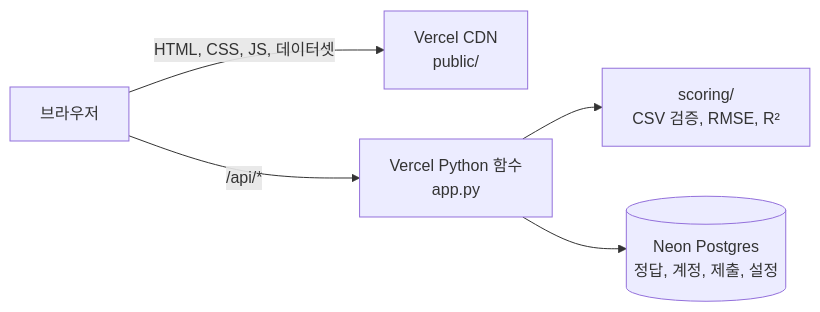
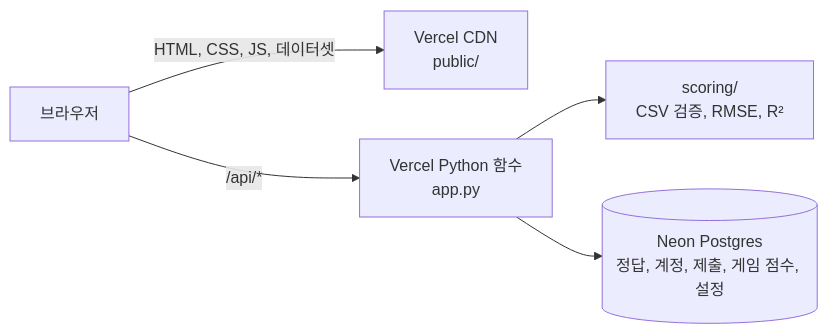
Before and after one commit to pnu-iba/iba_scoring_machine: the diagram in README.md, drawn with Mermaid.

Commit message:
Add game scores to the database box in the README diagram

````diff
--- a/README.md
+++ b/README.md
@@ -48,7 +48,7 @@
 ```mermaid
 flowchart LR
   B[브라우저] -->|HTML, CSS, JS, 데이터셋| CDN[Vercel CDN<br/>public/]
   B -->|/api/*| F[Vercel Python 함수<br/>app.py]
   F --> S[scoring/<br/>CSV 검증, RMSE, R²]
-  F --> DB[(Neon Postgres<br/>정답, 계정, 제출, 설정)]
+  F --> DB[(Neon Postgres<br/>정답, 계정, 제출, 게임 점수, 설정)]
 ```
````
